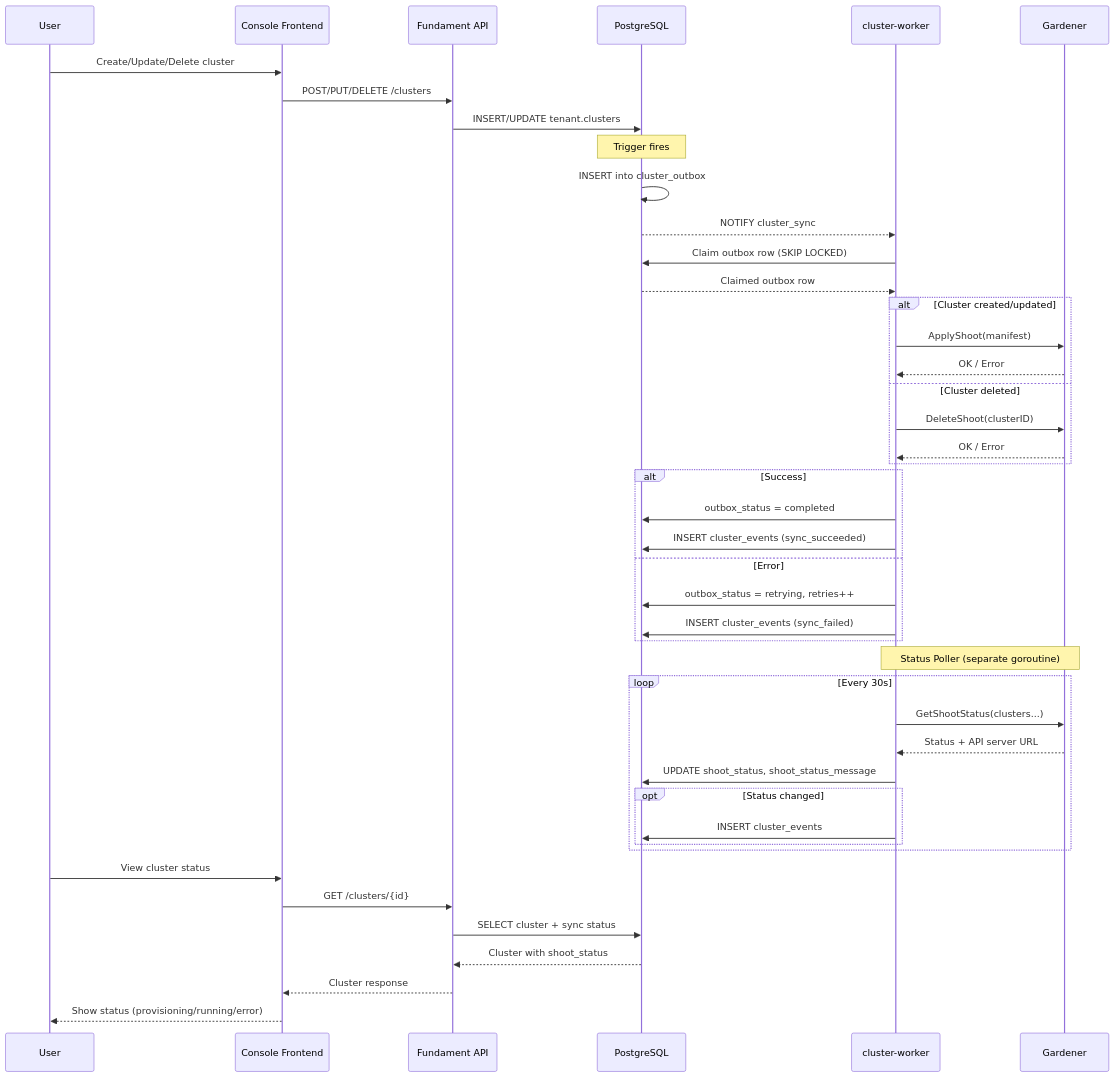
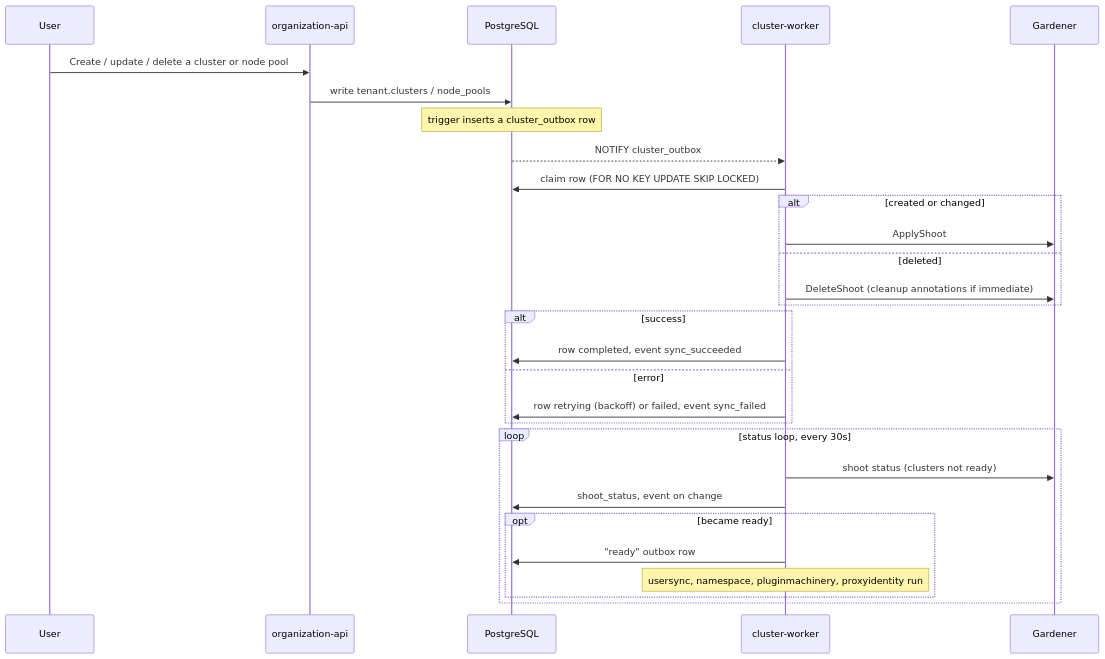
One commit to fundament-oss/fundament changed the first of 2 diagrams in cluster-worker/README.md. Above: the diagram before and after it, drawn with Mermaid. The commit also changed other lines of this file and 9 other files, not shown here.

First line of the commit message:
docs: running fundament with a local Gardener

````diff
--- a/cluster-worker/README.md
+++ b/cluster-worker/README.md
@@ -71,54 +24,34 @@
 ```mermaid
 sequenceDiagram
     participant User
-    participant Frontend as Console Frontend
-    participant API as Fundament API
+    participant API as organization-api
     participant DB as PostgreSQL
     participant Worker as cluster-worker
     participant Gardener
 
-    User->>Frontend: Create/Update/Delete cluster
-    Frontend->>API: POST/PUT/DELETE /clusters
-    API->>DB: INSERT/UPDATE tenant.clusters
+    User->>API: Create / update / delete a cluster or node pool
+    API->>DB: write tenant.clusters / node_pools
+    Note over DB: trigger inserts a cluster_outbox row
+    DB-->>Worker: NOTIFY cluster_outbox
 
-    Note over DB: Trigger fires
-    DB->>DB: INSERT into cluster_outbox
-    DB-->>Worker: NOTIFY cluster_sync
-
-    Worker->>DB: Claim outbox row (SKIP LOCKED)
-    DB-->>Worker: Claimed outbox row
-
-    alt Cluster created/updated
-        Worker->>Gardener: ApplyShoot(manifest)
-        Gardener-->>Worker: OK / Error
-    else Cluster deleted
-        Worker->>Gardener: DeleteShoot(clusterID)
-        Gardener-->>Worker: OK / Error
+    Worker->>DB: claim row (FOR NO KEY UPDATE SKIP LOCKED)
+    alt created or changed
+        Worker->>Gardener: ApplyShoot
+    else deleted
+        Worker->>Gardener: DeleteShoot (cleanup annotations if immediate)
+    end
+    alt success
+        Worker->>DB: row completed, event sync_succeeded
+    else error
+        Worker->>DB: row retrying (backoff) or failed, event sync_failed
     end
 
-    alt Success
-        Worker->>DB: outbox_status = completed
-        Worker->>DB: INSERT cluster_events (sync_succeeded)
-    else Error
-        Worker->>DB: outbox_status = retrying, retries++
-        Worker->>DB: INSERT cluster_events (sync_failed)
-    end
-
-    Note over Worker,Gardener: Status Poller (separate goroutine)
-
-    loop Every 30s
-        Worker->>Gardener: GetShootStatus(clusters...)
-        Gardener-->>Worker: Status + API server URL
-        Worker->>DB: UPDATE shoot_status, shoot_status_message
-        opt Status changed
-            Worker->>DB: INSERT cluster_events
+    loop status loop, every 30s
+        Worker->>Gardener: shoot status (clusters not ready)
+        Worker->>DB: shoot_status, event on change
+        opt became ready
+            Worker->>DB: "ready" outbox row
+            Note over Worker: usersync, namespace, pluginmachinery, proxyidentity run
         end
     end
-
-    User->>Frontend: View cluster status
-    Frontend->>API: GET /clusters/{id}
-    API->>DB: SELECT cluster + sync status
-    DB-->>API: Cluster with shoot_status
-    API-->>Frontend: Cluster response
-    Frontend-->>User: Show status (provisioning/running/error)
 ```
````
